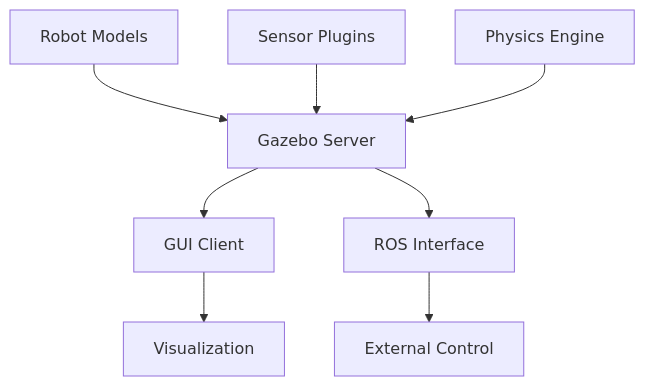
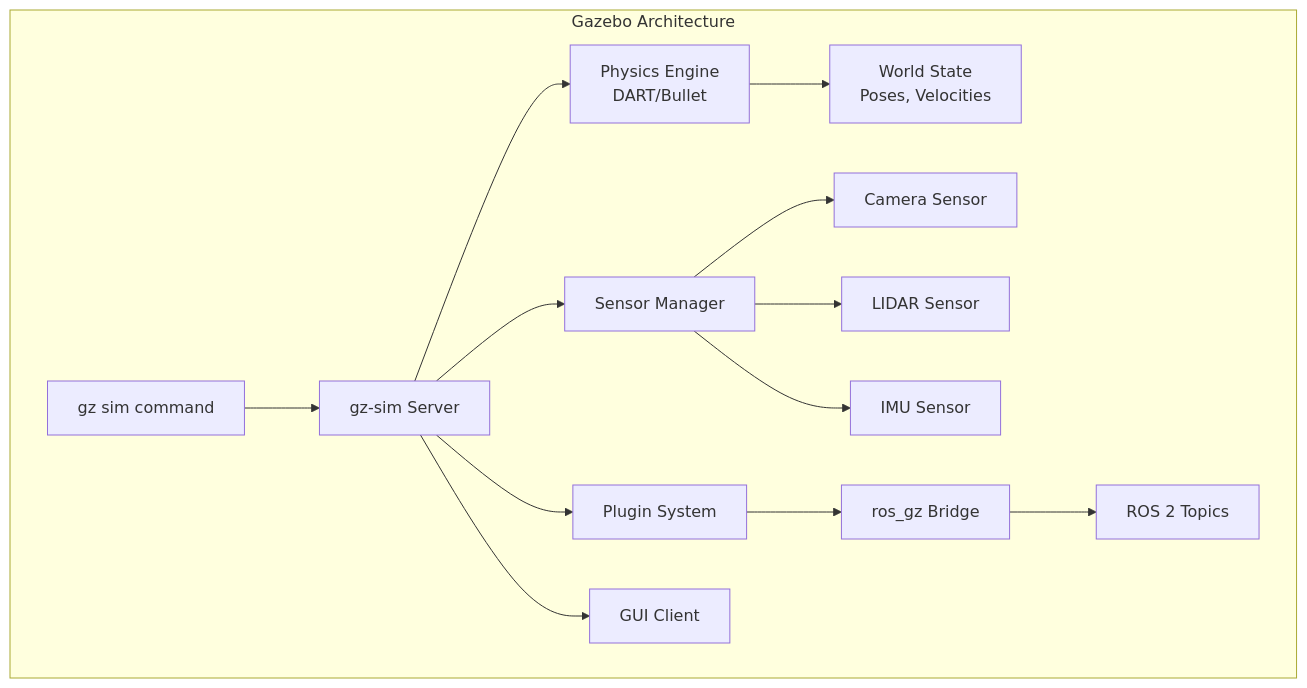
One commit to SheebaZaim/Physical-AI-and-Humanoid-Robtoics changed the second of 2 diagrams in project/frontend/docs/simulation/gazebo-intro.md. Above: the diagram before and after it, drawn with Mermaid. The commit also changed other lines of this file and 15 other files, not shown here.

Commit message:
Enrich book content: comprehensive chapters with code, diagrams, images

````diff
--- a/project/frontend/docs/simulation/gazebo-intro.md
+++ b/project/frontend/docs/simulation/gazebo-intro.md
@@ -19,10 +54,17 @@
-  ```mermaid
-  graph TB
-      A[Robot Models] --> B[Gazebo Server]
-      C[Sensor Plugins] --> B
-      D[Physics Engine] --> B
-      B --> E[GUI Client]
-      E --> F[Visualization]
-      B --> G[ROS Interface]
-      G --> H[External Control]
-  ```
+```mermaid
+graph TB
+    subgraph "Gazebo Architecture"
+        CLI[gz sim command] --> Server[gz-sim Server]
+        Server --> Physics[Physics Engine<br/>DART/Bullet]
+        Server --> Sensors[Sensor Manager]
+        Server --> Plugins[Plugin System]
+        Server --> GUI[GUI Client]
+
+        Physics --> World[World State<br/>Poses, Velocities]
+        Sensors --> Camera[Camera Sensor]
+        Sensors --> LIDAR[LIDAR Sensor]
+        Sensors --> IMU[IMU Sensor]
+        Plugins --> ROS[ros_gz Bridge]
+        ROS --> ROS2[ROS 2 Topics]
+    end
+```
````
